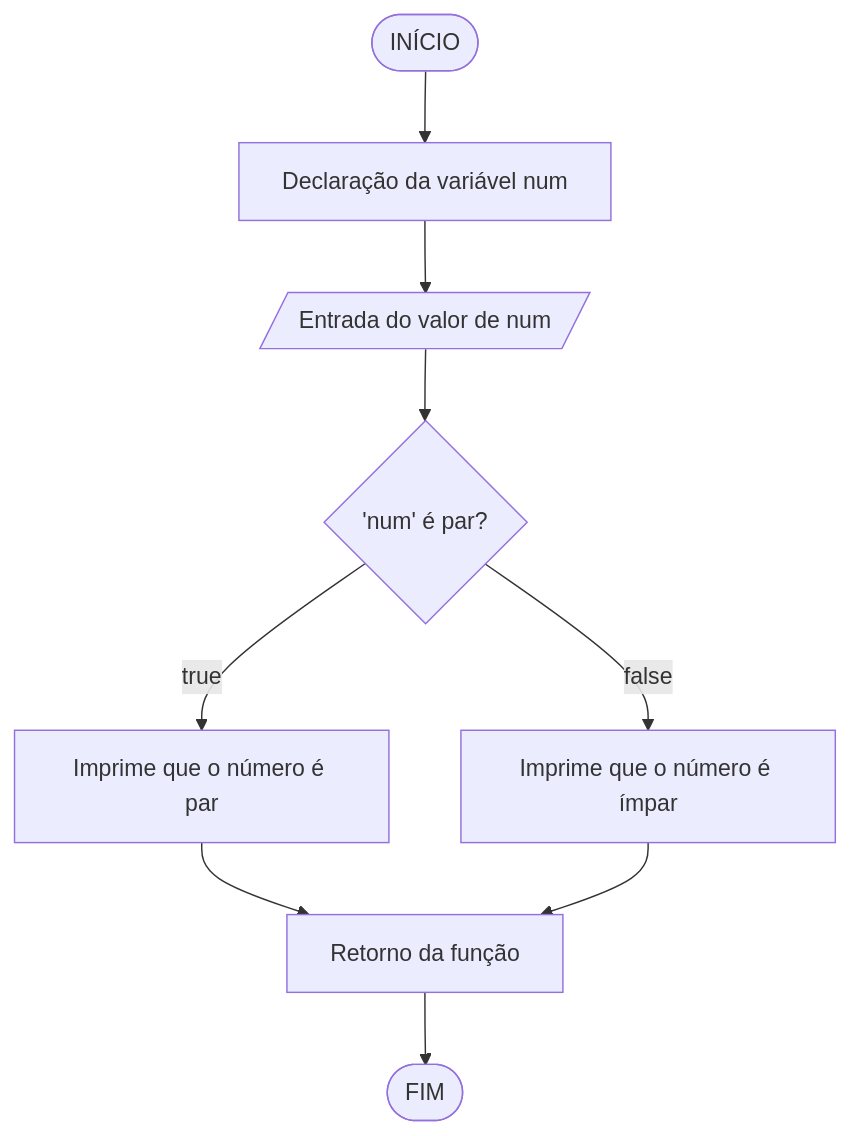
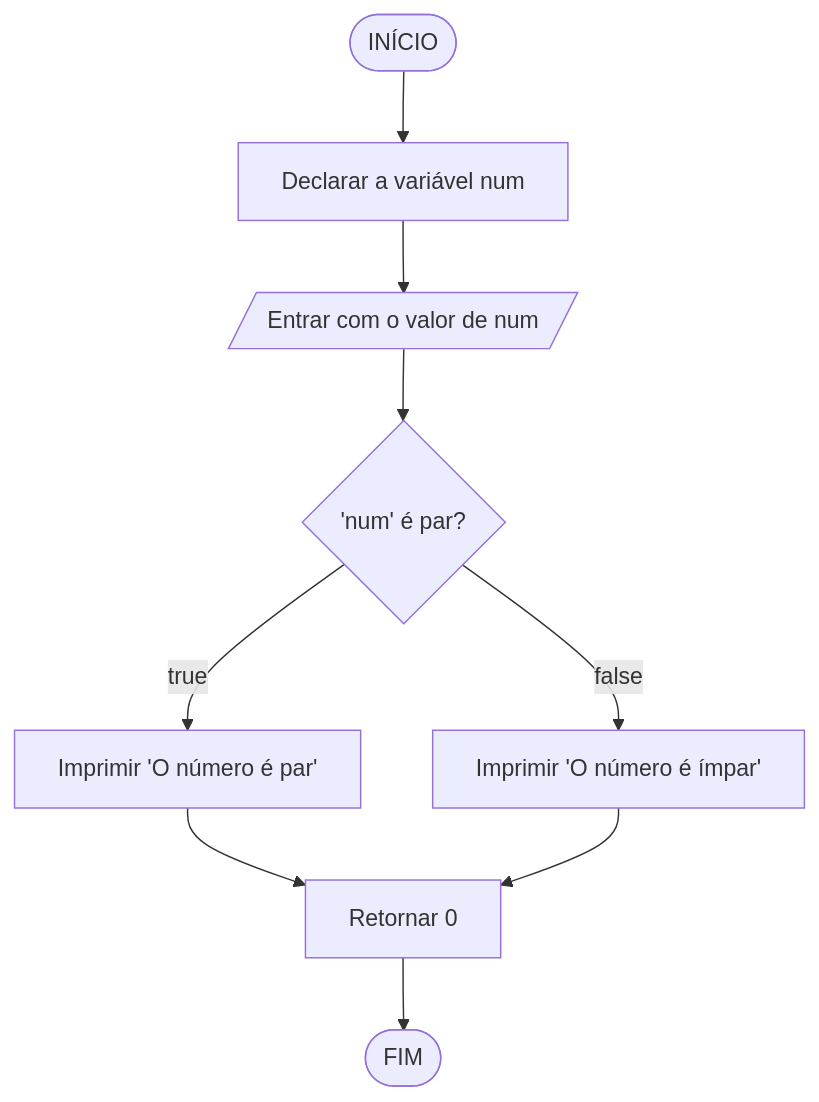
Before and after one commit to eduardo-ono/Introducao-a-Programacao: the diagram in conteudo/07-estruturas-de-selecao/if-else/README.md, drawn with Mermaid. The commit also changed other lines of this file and 2 other files, not shown here.

````diff
--- a/conteudo/07-estruturas-de-selecao/if-else/README.md
+++ b/conteudo/07-estruturas-de-selecao/if-else/README.md
@@ -58,11 +57,11 @@
 ```mermaid
 flowchart TD
-INICIO([INÍCIO]) --> DECLARACAO[Declaração da variável num]
-DECLARACAO --> INPUT[/Entrada do valor de num/]
+INICIO([INÍCIO]) --> DECLARACAO[Declarar a variável num]
+DECLARACAO --> INPUT[/Entrar com o valor de num/]
 INPUT --> C{'num' é par?}
-C --> |true| OUTPUT_TRUE[Imprime que o número é par]
-C --> |false| OUTPUT_FALSE[Imprime que o número é ímpar]
-OUTPUT_TRUE --> RETURN[Retorno da função]
+C --> |true| OUTPUT_TRUE[Imprimir 'O número é par']
+C --> |false| OUTPUT_FALSE[Imprimir 'O número é ímpar']
+OUTPUT_TRUE --> RETURN[Retornar 0]
 OUTPUT_FALSE --> RETURN
 RETURN --> FIM([FIM])
 ```
````
